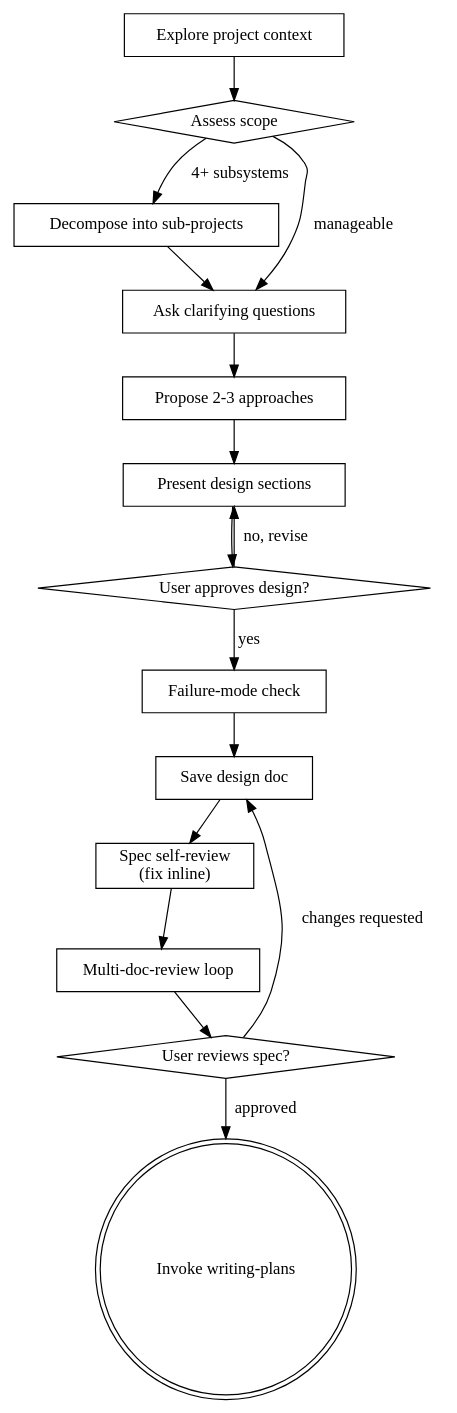
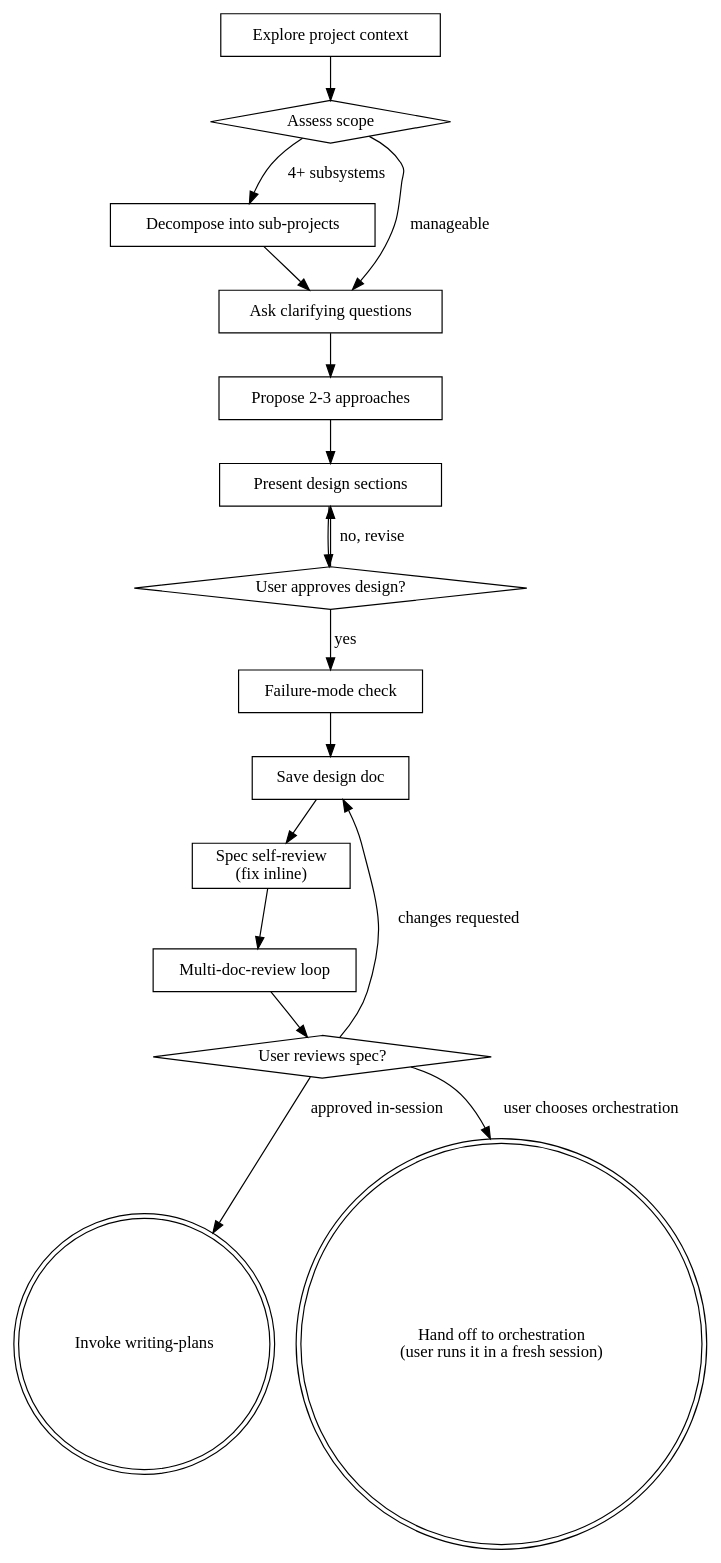
One commit to brunob54/superpowers-orchestrator changed the diagram in skills/brainstorming/SKILL.md. Above: the diagram before and after it, drawn with Graphviz. The commit also changed other lines of this file and 9 other files, not shown here.

First line of the commit message:
feat(brainstorming): spec gate offers /clear + orchestration verbatim — v7.0.1

````diff
--- a/skills/brainstorming/SKILL.md
+++ b/skills/brainstorming/SKILL.md
@@ -45,33 +45,36 @@
 ```dot
 digraph brainstorming {
     "Explore project context" [shape=box];
     "Assess scope" [shape=diamond];
     "Decompose into sub-projects" [shape=box];
     "Ask clarifying questions" [shape=box];
     "Propose 2-3 approaches" [shape=box];
     "Present design sections" [shape=box];
     "User approves design?" [shape=diamond];
     "Failure-mode check" [shape=box];
     "Save design doc" [shape=box];
     "Spec self-review\n(fix inline)" [shape=box];
     "Multi-doc-review loop" [shape=box];
     "User reviews spec?" [shape=diamond];
     "Invoke writing-plans" [shape=doublecircle];
 
     "Explore project context" -> "Assess scope";
     "Assess scope" -> "Decompose into sub-projects" [label="4+ subsystems"];
     "Assess scope" -> "Ask clarifying questions" [label="manageable"];
     "Decompose into sub-projects" -> "Ask clarifying questions";
     "Ask clarifying questions" -> "Propose 2-3 approaches";
     "Propose 2-3 approaches" -> "Present design sections";
     "Present design sections" -> "User approves design?";
     "User approves design?" -> "Present design sections" [label="no, revise"];
     "User approves design?" -> "Failure-mode check" [label="yes"];
     "Failure-mode check" -> "Save design doc";
     "Save design doc" -> "Spec self-review\n(fix inline)";
     "Spec self-review\n(fix inline)" -> "Multi-doc-review loop";
     "Multi-doc-review loop" -> "User reviews spec?";
+    "Hand off to orchestration\n(user runs it in a fresh session)" [shape=doublecircle];
+
     "User reviews spec?" -> "Save design doc" [label="changes requested"];
-    "User reviews spec?" -> "Invoke writing-plans" [label="approved"];
+    "User reviews spec?" -> "Invoke writing-plans" [label="approved in-session"];
+    "User reviews spec?" -> "Hand off to orchestration\n(user runs it in a fresh session)" [label="user chooses orchestration"];
 }
 ```
````
